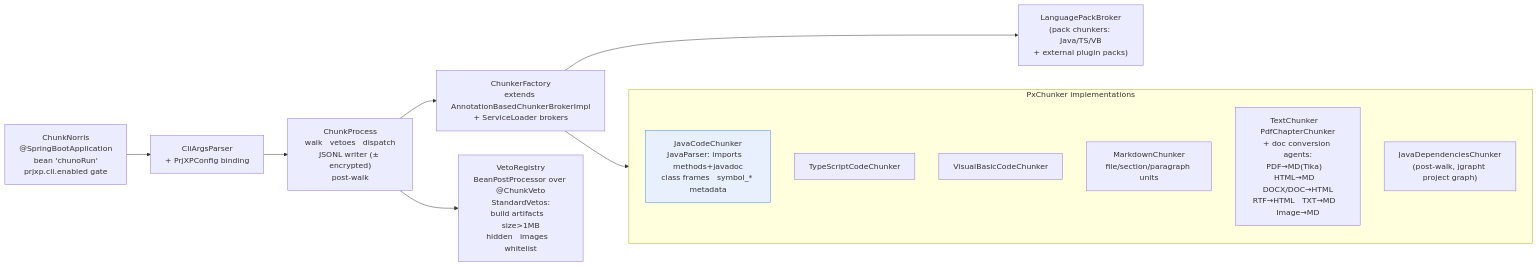
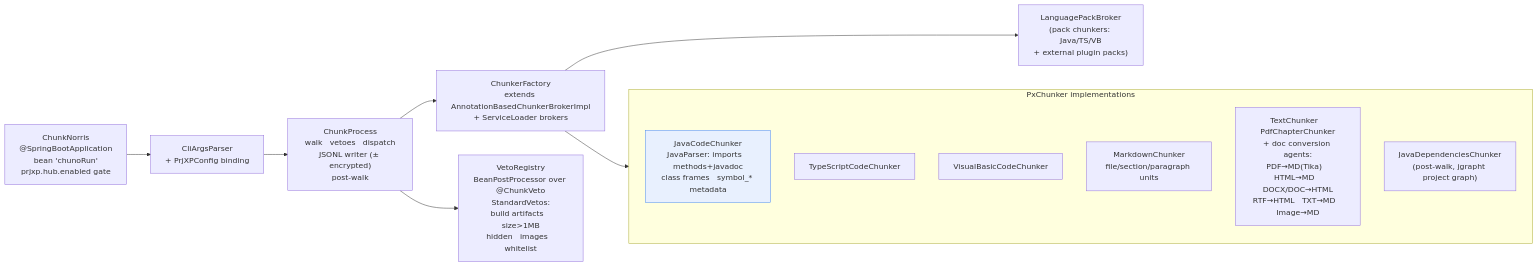
Before and after one commit to carstenSpraener/prjxp: the third of 8 diagrams in doc/arc42/05_building_block_view.md, drawn with Mermaid. The commit also changed other lines of this file and 20 other files, not shown here.

````diff
--- a/doc/arc42/05_building_block_view.md
+++ b/doc/arc42/05_building_block_view.md
@@ -132,23 +132,23 @@
 ```mermaid
 flowchart LR
-    MAIN["ChunkNorris<br/>@SpringBootApplication<br/>bean 'chunoRun'<br/>prjxp.cli.enabled gate"]
+    MAIN["ChunkNorris<br/>@SpringBootApplication<br/>bean 'chunoRun'<br/>prjxp.hub.enabled gate"]
     ARGS["CliArgsParser<br/>+ PrjXPConfig binding"]
     PROC["ChunkProcess<br/>walk   vetoes   dispatch<br/>JSONL writer (± encrypted)<br/>post-walk"]
     FACT["ChunkerFactory<br/>extends AnnotationBasedChunkerBrokerImpl<br/>+ ServiceLoader brokers"]
     LPB["LanguagePackBroker<br/>(pack chunkers: Java/TS/VB<br/>+ external plugin packs)"]
     VETO["VetoRegistry<br/>BeanPostProcessor over @ChunkVeto<br/>StandardVetos:<br/>build artifacts   size>1MB<br/>hidden   images   whitelist"]
     subgraph chunkers ["PxChunker implementations"]
         JC["JavaCodeChunker<br/>JavaParser: imports   methods+javadoc<br/>class frames   symbol_* metadata"]
         TSC["TypeScriptCodeChunker"]
         VBC["VisualBasicCodeChunker"]
         MC["MarkdownChunker<br/>file/section/paragraph units"]
         TC2["TextChunker   PdfChapterChunker<br/>+ doc conversion agents:<br/>PDF→MD(Tika)   HTML→MD   DOCX/DOC→HTML<br/>RTF→HTML   TXT→MD   Image→MD"]
         DEPS["JavaDependenciesChunker<br/>(post-walk, jgrapht project graph)"]
     end
     MAIN --> ARGS --> PROC
     PROC --> VETO
     PROC --> FACT --> chunkers
     FACT --> LPB
 
     style JC fill:#e8f0fe,stroke:#4285f4
 ```
````
